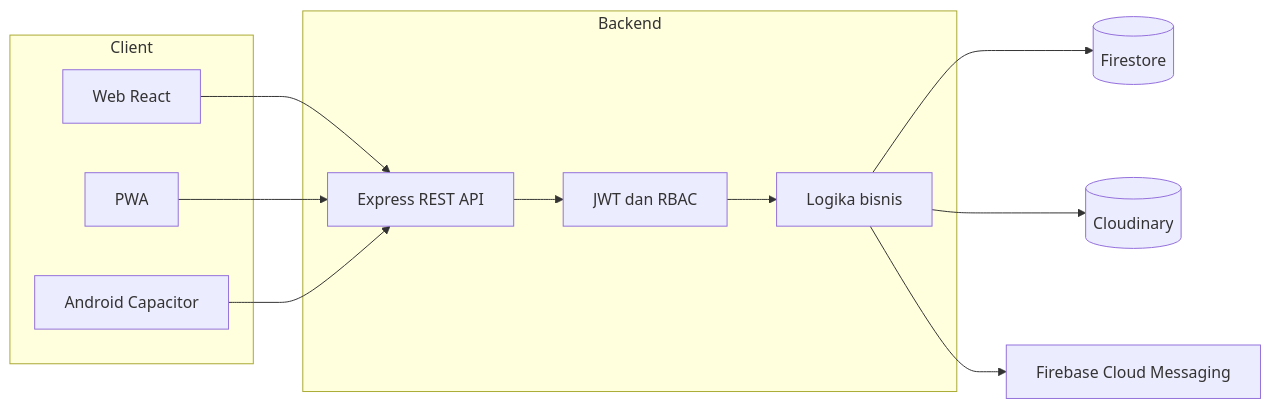
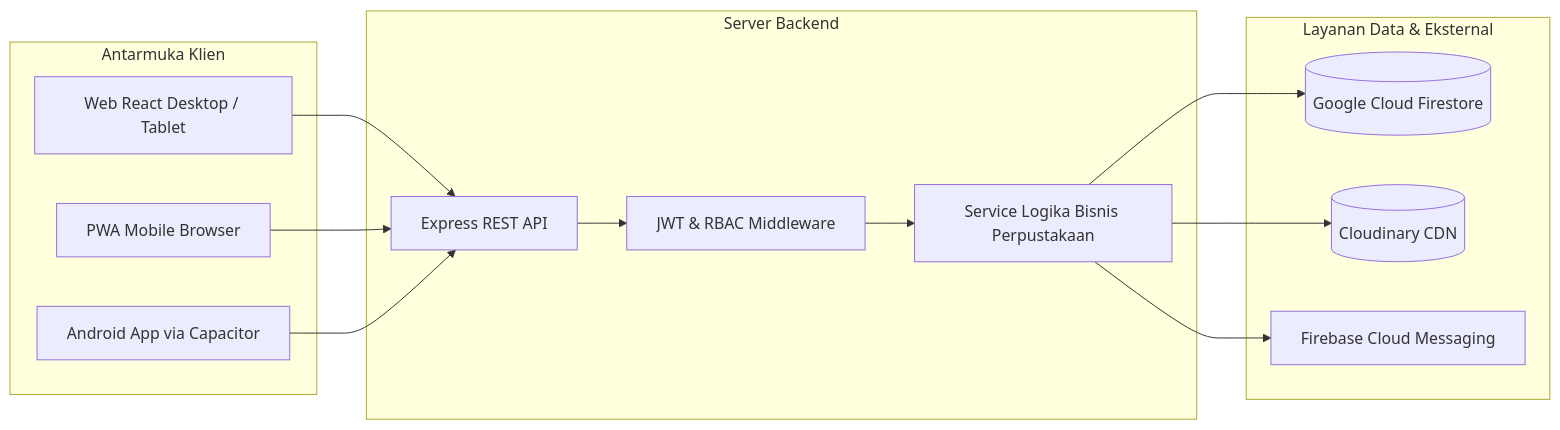
One commit to karinatantri/Perpustakaan changed the first of 16 diagrams in Readme.md. Above: the diagram before and after it, drawn with Mermaid. The commit also changed other lines of this file and 27 other files, not shown here.

````diff
--- a/Readme.md
+++ b/Readme.md
@@ -45,17 +88,20 @@
 ```mermaid
 flowchart LR
-  subgraph Client
-    WEB[Web React]
-    PWA[PWA]
-    AND[Android Capacitor]
+  subgraph Client ["Antarmuka Klien"]
+    WEB["Web React Desktop / Tablet"]
+    PWA["PWA Mobile Browser"]
+    AND["Android App via Capacitor"]
   end
-  subgraph Backend
-    API[Express REST API] --> AUTH[JWT dan RBAC] --> SERVICE[Logika bisnis]
+  subgraph Backend ["Server Backend"]
+    API["Express REST API"] --> AUTH["JWT & RBAC Middleware"]
+    AUTH --> SERVICE["Service Logika Bisnis Perpustakaan"]
+  end
+  subgraph Storage ["Layanan Data & Eksternal"]
+    SERVICE --> DB[("Google Cloud Firestore")]
+    SERVICE --> IMG[("Cloudinary CDN")]
+    SERVICE --> FCM["Firebase Cloud Messaging"]
   end
   WEB --> API
   PWA --> API
   AND --> API
-  SERVICE --> DB[(Firestore)]
-  SERVICE --> IMG[(Cloudinary)]
-  SERVICE --> FCM[Firebase Cloud Messaging]
 ```
````
